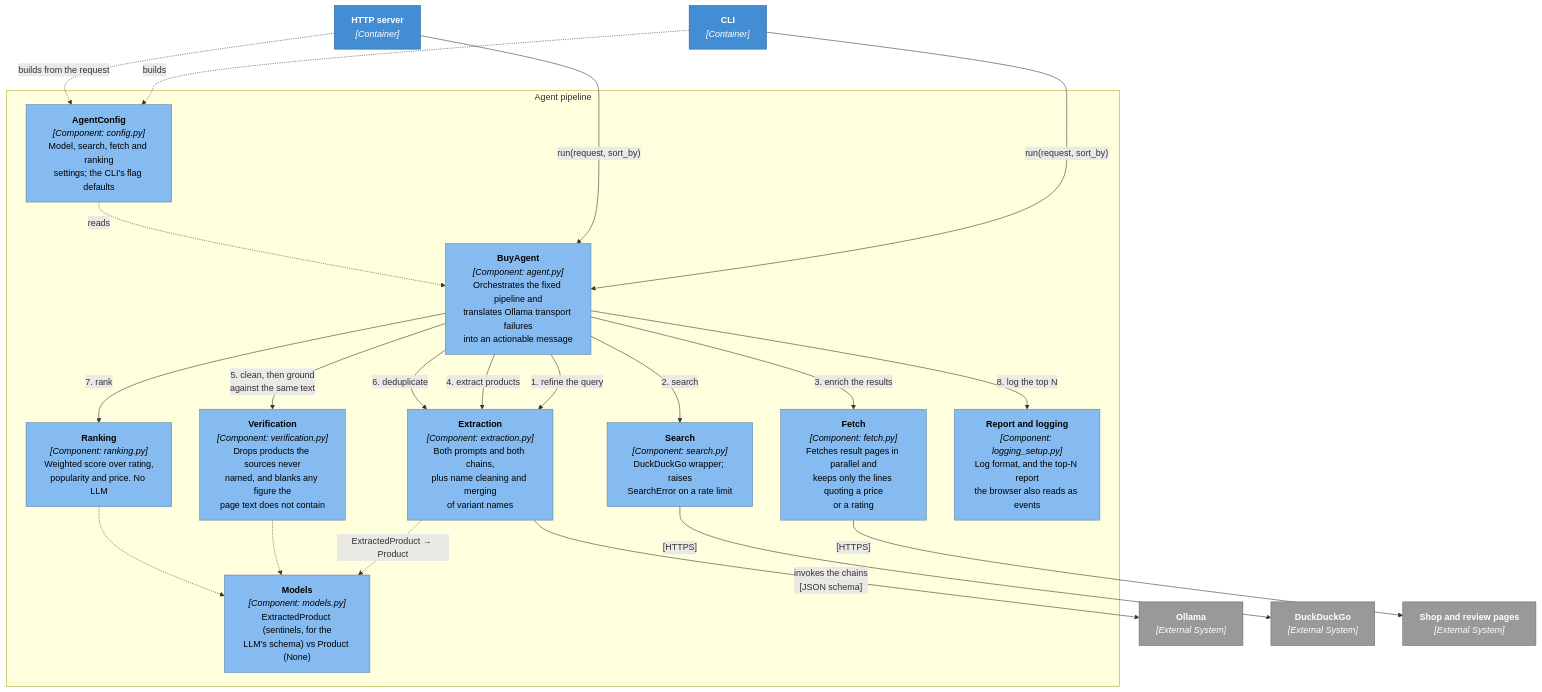
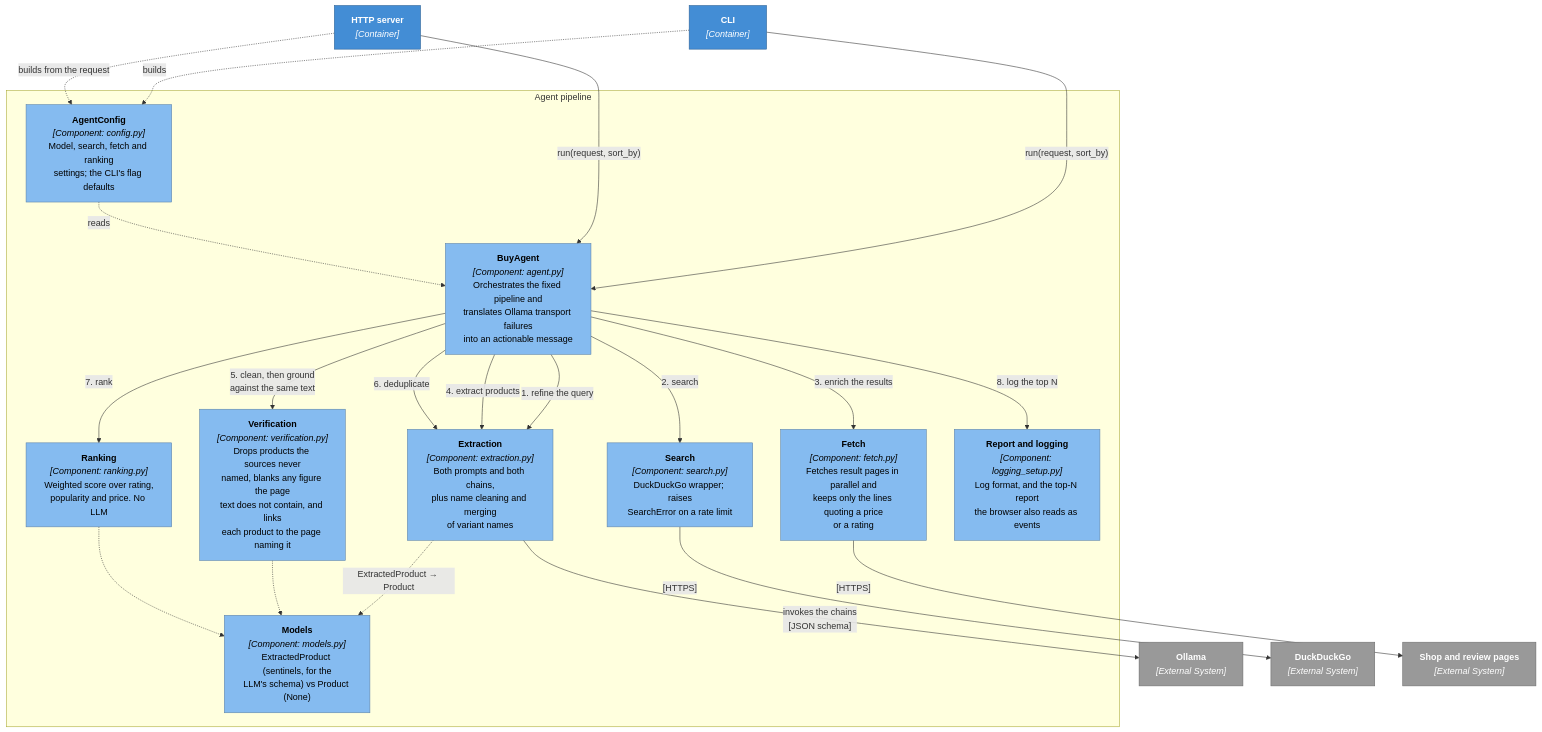
The third of 5 diagrams in docs/architecture.md (adamw7/buy_agent), drawn with Mermaid before and after one commit. The commit also changed other lines of this file and 9 other files, not shown here.

````diff
--- a/docs/architecture.md
+++ b/docs/architecture.md
@@ -97,50 +97,50 @@
 ```mermaid
 graph TB
     cli["<b>CLI</b><br/><i>[Container]</i>"]
     server["<b>HTTP server</b><br/><i>[Container]</i>"]
 
     subgraph pipeline["Agent pipeline"]
         agent["<b>BuyAgent</b><br/><i>[Component: agent.py]</i><br/>Orchestrates the fixed pipeline and<br/>translates Ollama transport failures<br/>into an actionable message"]
         config["<b>AgentConfig</b><br/><i>[Component: config.py]</i><br/>Model, search, fetch and ranking<br/>settings; the CLI's flag defaults"]
         extraction["<b>Extraction</b><br/><i>[Component: extraction.py]</i><br/>Both prompts and both chains,<br/>plus name cleaning and merging<br/>of variant names"]
         search["<b>Search</b><br/><i>[Component: search.py]</i><br/>DuckDuckGo wrapper; raises<br/>SearchError on a rate limit"]
         fetch["<b>Fetch</b><br/><i>[Component: fetch.py]</i><br/>Fetches result pages in parallel and<br/>keeps only the lines quoting a price<br/>or a rating"]
-        verification["<b>Verification</b><br/><i>[Component: verification.py]</i><br/>Drops products the sources never<br/>named, and blanks any figure the<br/>page text does not contain"]
+        verification["<b>Verification</b><br/><i>[Component: verification.py]</i><br/>Drops products the sources never<br/>named, blanks any figure the page<br/>text does not contain, and links<br/>each product to the page naming it"]
         ranking["<b>Ranking</b><br/><i>[Component: ranking.py]</i><br/>Weighted score over rating,<br/>popularity and price. No LLM"]
         models["<b>Models</b><br/><i>[Component: models.py]</i><br/>ExtractedProduct (sentinels, for the<br/>LLM's schema) vs Product (None)"]
         logsetup["<b>Report and logging</b><br/><i>[Component: logging_setup.py]</i><br/>Log format, and the top-N report<br/>the browser also reads as events"]
     end
 
     ollama["<b>Ollama</b><br/><i>[External System]</i>"]
     ddg["<b>DuckDuckGo</b><br/><i>[External System]</i>"]
     shops["<b>Shop and review pages</b><br/><i>[External System]</i>"]
 
     cli -->|"run(request, sort_by)"| agent
     server -->|"run(request, sort_by)"| agent
     cli -.->|"builds"| config
     server -.->|"builds from the request"| config
     config -.->|"reads"| agent
 
     agent -->|"1. refine the query"| extraction
     agent -->|"2. search"| search
     agent -->|"3. enrich the results"| fetch
     agent -->|"4. extract products"| extraction
     agent -->|"5. clean, then ground<br/>against the same text"| verification
     agent -->|"6. deduplicate"| extraction
     agent -->|"7. rank"| ranking
     agent -->|"8. log the top N"| logsetup
 
     extraction -->|"invokes the chains<br/>[JSON schema]"| ollama
     search -->|"[HTTPS]"| ddg
     fetch -->|"[HTTPS]"| shops
     extraction -.->|"ExtractedProduct → Product"| models
     verification -.-> models
     ranking -.-> models
 
     classDef container fill:#438dd5,stroke:#2e6295,color:#fff
     classDef component fill:#85bbf0,stroke:#5d82a8,color:#000
     classDef external fill:#999,stroke:#6b6b6b,color:#fff
     class cli,server container
     class agent,config,extraction,search,fetch,verification,ranking,models,logsetup component
     class ollama,ddg,shops external
 ```
````
